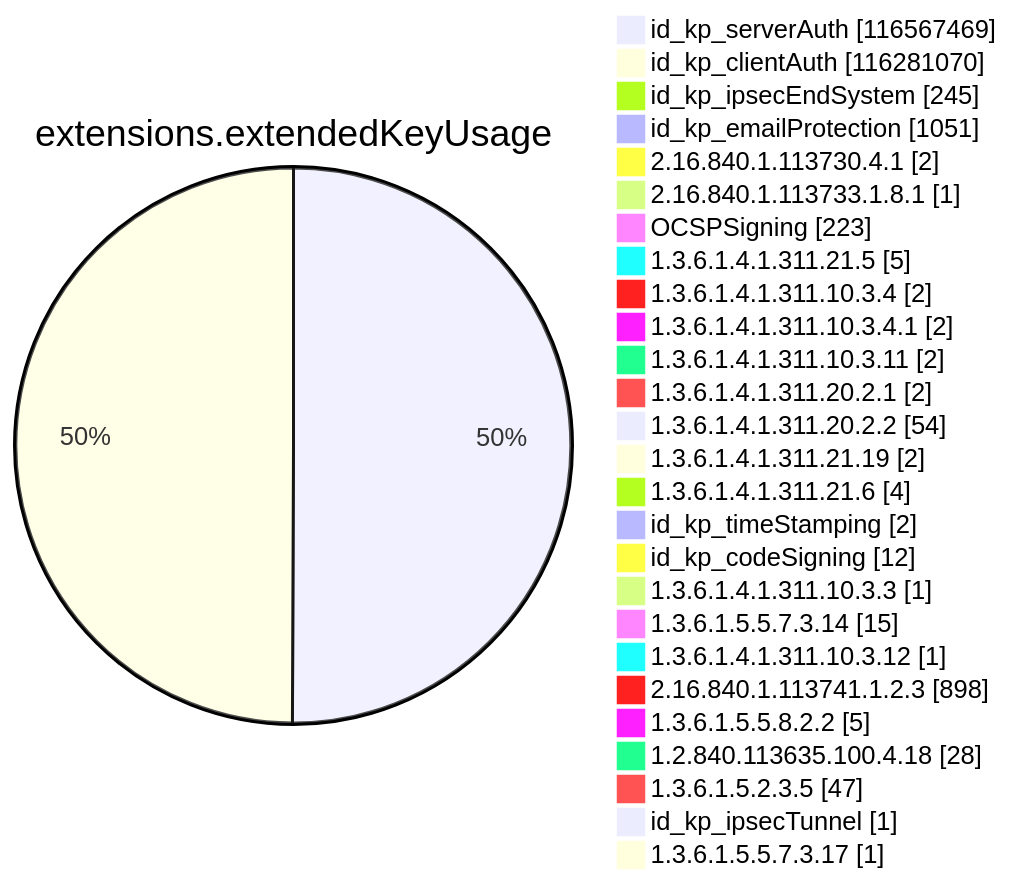
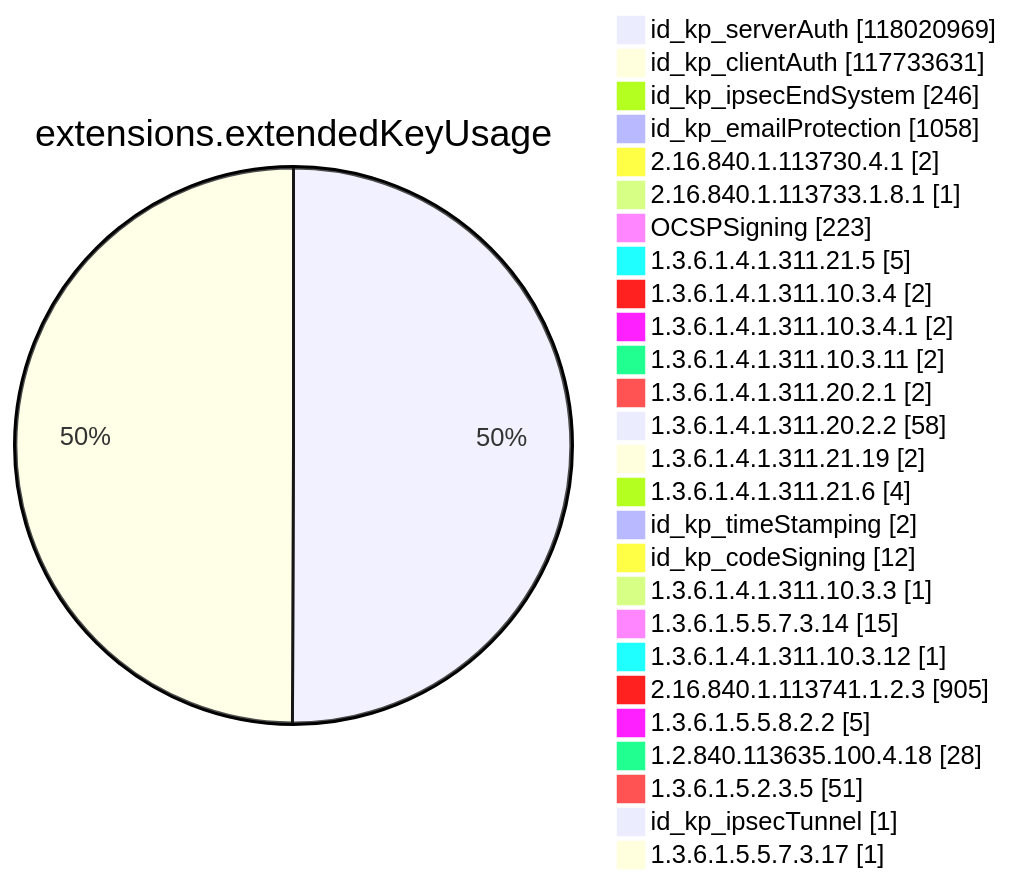
Before and after one commit to christiankrug/ctmonitor_visualization: diagram 11 of 15 in xenon2023/README.md, drawn with Mermaid. The commit also changed other lines of this file, not shown here.

````diff
--- a/xenon2023/README.md
+++ b/xenon2023/README.md
@@ -2672,30 +2675,30 @@
 ```mermaid
 pie showData
 title extensions.extendedKeyUsage
-"id_kp_serverAuth" :116567469
-"id_kp_clientAuth" :116281070
-"id_kp_ipsecEndSystem" :245
-"id_kp_emailProtection" :1051
+"id_kp_serverAuth" :118020969
+"id_kp_clientAuth" :117733631
+"id_kp_ipsecEndSystem" :246
+"id_kp_emailProtection" :1058
 "2.16.840.1.113730.4.1" :2
 "2.16.840.1.113733.1.8.1" :1
 "OCSPSigning" :223
 "1.3.6.1.4.1.311.21.5" :5
 "1.3.6.1.4.1.311.10.3.4" :2
 "1.3.6.1.4.1.311.10.3.4.1" :2
 "1.3.6.1.4.1.311.10.3.11" :2
 "1.3.6.1.4.1.311.20.2.1" :2
-"1.3.6.1.4.1.311.20.2.2" :54
+"1.3.6.1.4.1.311.20.2.2" :58
 "1.3.6.1.4.1.311.21.19" :2
 "1.3.6.1.4.1.311.21.6" :4
 "id_kp_timeStamping" :2
 "id_kp_codeSigning" :12
 "1.3.6.1.4.1.311.10.3.3" :1
 "1.3.6.1.5.5.7.3.14" :15
 "1.3.6.1.4.1.311.10.3.12" :1
-"2.16.840.1.113741.1.2.3" :898
+"2.16.840.1.113741.1.2.3" :905
 "1.3.6.1.5.5.8.2.2" :5
 "1.2.840.113635.100.4.18" :28
-"1.3.6.1.5.2.3.5" :47
+"1.3.6.1.5.2.3.5" :51
 "id_kp_ipsecTunnel" :1
 "1.3.6.1.5.5.7.3.17" :1
 ```
````
